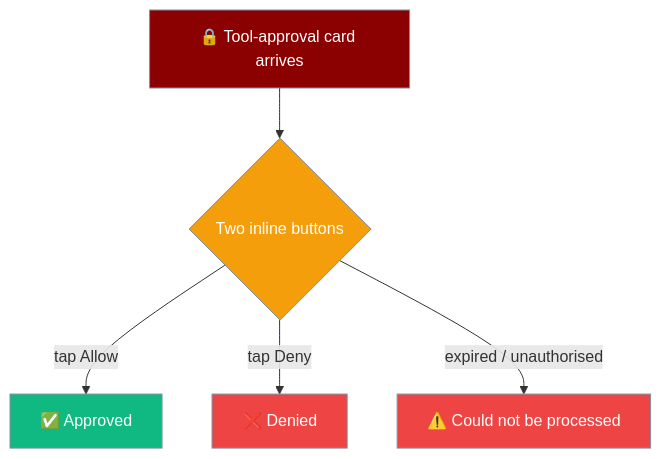
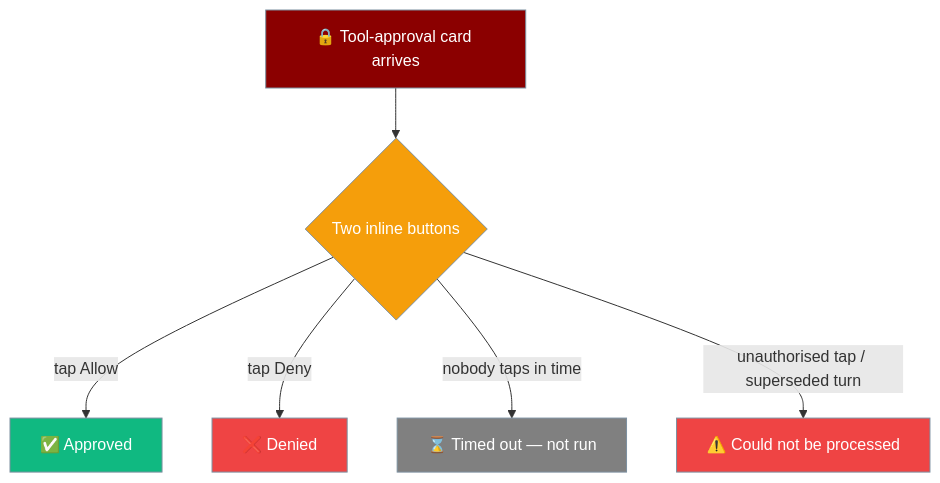
One commit to MervinPraison/PraisonAIDocs changed the third of 3 diagrams in docs/features/telegram-durable-approval.mdx. Above: the diagram before and after it, drawn with Mermaid. The commit also changed other lines of this file and 4 other files, not shown here.

Commit message:
fix: document timed-out approval feedback on cards and gateway webhook (fixes #4634)

````diff
--- a/docs/features/telegram-durable-approval.mdx
+++ b/docs/features/telegram-durable-approval.mdx
@@ -110,17 +110,20 @@
 ```mermaid
 graph TB
     Card[🔒 Tool-approval card arrives] --> Buttons{Two inline buttons}
     Buttons -->|tap Allow| Approved[✅ Approved]
     Buttons -->|tap Deny| Denied[❌ Denied]
-    Buttons -->|expired / unauthorised| Failed[⚠️ Could not be processed]
+    Buttons -->|nobody taps in time| TimedOut[⌛ Timed out — not run]
+    Buttons -->|unauthorised tap / superseded turn| Failed[⚠️ Could not be processed]
 
     classDef card fill:#8B0000,stroke:#7C90A0,color:#fff
     classDef buttons fill:#F59E0B,stroke:#7C90A0,color:#fff
     classDef ok fill:#10B981,stroke:#7C90A0,color:#fff
+    classDef timeout fill:#808080,stroke:#7C90A0,color:#fff
     classDef bad fill:#EF4444,stroke:#7C90A0,color:#fff
 
     class Card card
     class Buttons buttons
     class Approved ok
+    class TimedOut timeout
     class Denied,Failed bad
 ```
````
